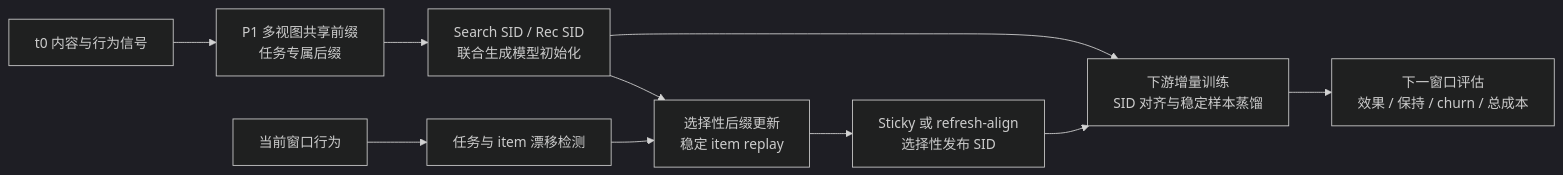
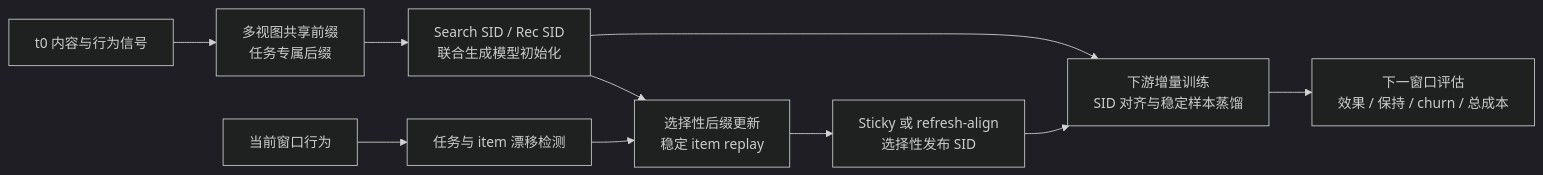
One commit to fferriswheel/TemGenSAR changed the diagram in README.md. Above: the diagram before and after it, drawn with Mermaid (dark theme). The commit also changed other lines of this file and 6 other files, not shown here.

````diff
--- a/README.md
+++ b/README.md
@@ -28,12 +28,12 @@
 ```mermaid
 flowchart LR
-    A["t0 内容与行为信号"] --> B["P1 多视图共享前缀<br/>任务专属后缀"]
+    A["t0 内容与行为信号"] --> B["多视图共享前缀<br/>任务专属后缀"]
     B --> C["Search SID / Rec SID<br/>联合生成模型初始化"]
     D["当前窗口行为"] --> E["任务与 item 漂移检测"]
     C --> F["选择性后缀更新<br/>稳定 item replay"]
     E --> F
     F --> G["Sticky 或 refresh-align<br/>选择性发布 SID"]
     G --> H["下游增量训练<br/>SID 对齐与稳定样本蒸馏"]
     C --> H
     H --> I["下一窗口评估<br/>效果 / 保持 / churn / 总成本"]
 ```
````
